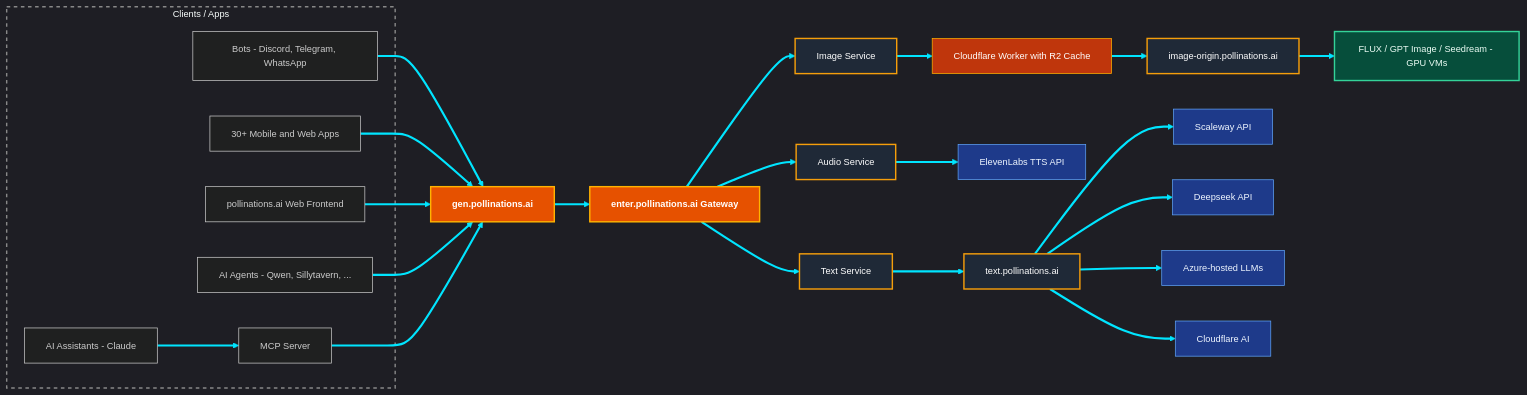
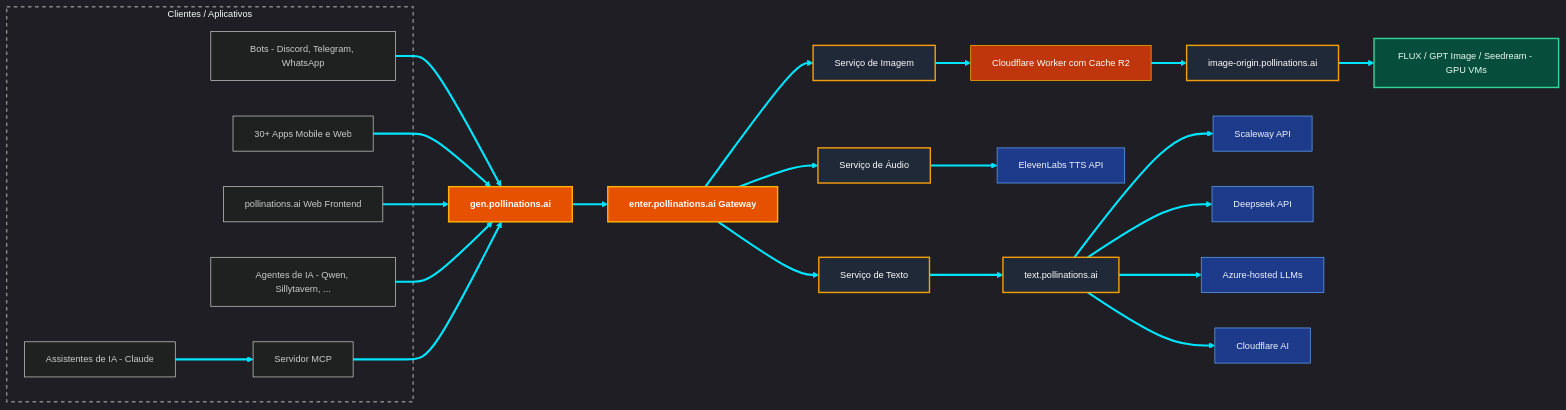
One commit to samucastudent/pollinations changed the diagram in README.md. Above: the diagram before and after it, drawn with Mermaid. The commit also changed other lines of this file, not shown here.

````diff
--- a/README.md
+++ b/README.md
@@ -282,48 +282,48 @@
 ```mermaid
 %%{init: {'theme': 'dark', 'themeVariables': { 'background': '#1a1a1a', 'primaryColor': '#2a2a2a', 'primaryBorderColor': '#555555', 'primaryTextColor': '#eeeeee', 'lineColor': '#00e5ff', 'clusterBkg': 'transparent', 'clusterBorder': '#888888', 'fontSize': '13px', 'fontFamily': 'Inter, system-ui, sans-serif'}}}%%
 
 graph LR
-    subgraph CLIENTS["Clients / Apps"]
+    subgraph CLIENTS["Clientes / Aplicativos"]
         Q[Bots - Discord, Telegram, WhatsApp]
-        N[30+ Mobile and Web Apps]
+        N[30+ Apps Mobile e Web]
         A[pollinations.ai Web Frontend]
-        R[AI Agents - Qwen, Sillytavern, ...]
-        AI[AI Assistants - Claude]
-        MCP[MCP Server]
+        R[Agentes de IA - Qwen, Sillytavern, ...]
+        AI[Assistentes de IA - Claude]
+        MCP[Servidor MCP]
     end
 
     AI --> MCP
     Q --> GEN
     N --> GEN
     A --> GEN
     R --> GEN
     MCP --> GEN
 
     GEN["gen.pollinations.ai"]:::cfWorker --> ENTER["enter.pollinations.ai Gateway"]:::cfWorker
 
-    ENTER --> IMG["Image Service"]:::ec2
-    ENTER --> TXT["Text Service"]:::ec2
-    ENTER --> AUD["Audio Service"]:::ec2
+    ENTER --> IMG["Serviço de Imagem"]:::ec2
+    ENTER --> TXT["Serviço de Texto"]:::ec2
+    ENTER --> AUD["Serviço de Áudio"]:::ec2
 
-    IMG --> CF["Cloudflare Worker with R2 Cache"]:::cfWorkerLight
+    IMG --> CF["Cloudflare Worker com Cache R2"]:::cfWorkerLight
     CF --> B["image-origin.pollinations.ai"]:::ec2
     B --> D["FLUX / GPT Image / Seedream - GPU VMs"]:::gpuNode
 
     AUD --> EL["ElevenLabs TTS API"]:::provider
 
     TXT --> C["text.pollinations.ai"]:::ec2
     C --> SC["Scaleway API"]:::provider
     C --> DS["Deepseek API"]:::provider
     C --> G["Azure-hosted LLMs"]:::provider
     C --> CFM["Cloudflare AI"]:::provider
 
     style CLIENTS fill:none,stroke:#888,stroke-width:2px,stroke-dasharray: 5 5
 
     linkStyle default stroke-width:3px,stroke:#00E5FF
 
     classDef cfWorker fill:#E65100,color:#fff,stroke:#FFB300,stroke-width:2px,font-weight:bold
     classDef cfWorkerLight fill:#BF360C,color:#fff,stroke:#FFB300,stroke-width:1px
     classDef ec2 fill:#1F2937,color:#fff,stroke:#F59E0B,stroke-width:2px
     classDef gpuNode fill:#064E3B,stroke:#34D399,color:#ECFDF5,stroke-width:2px
     classDef provider fill:#1E3A8A,stroke:#60A5FA,color:#EFF6FF,stroke-width:1px
 ```
````
